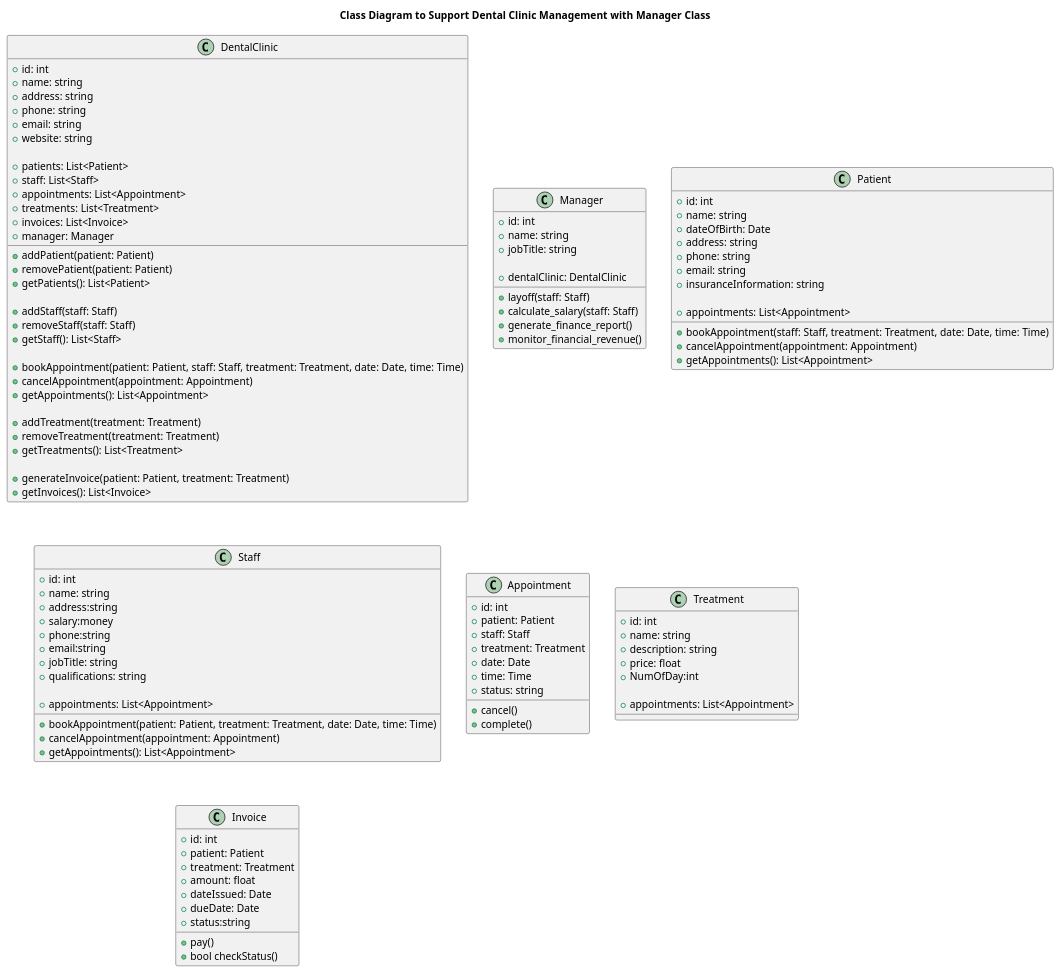
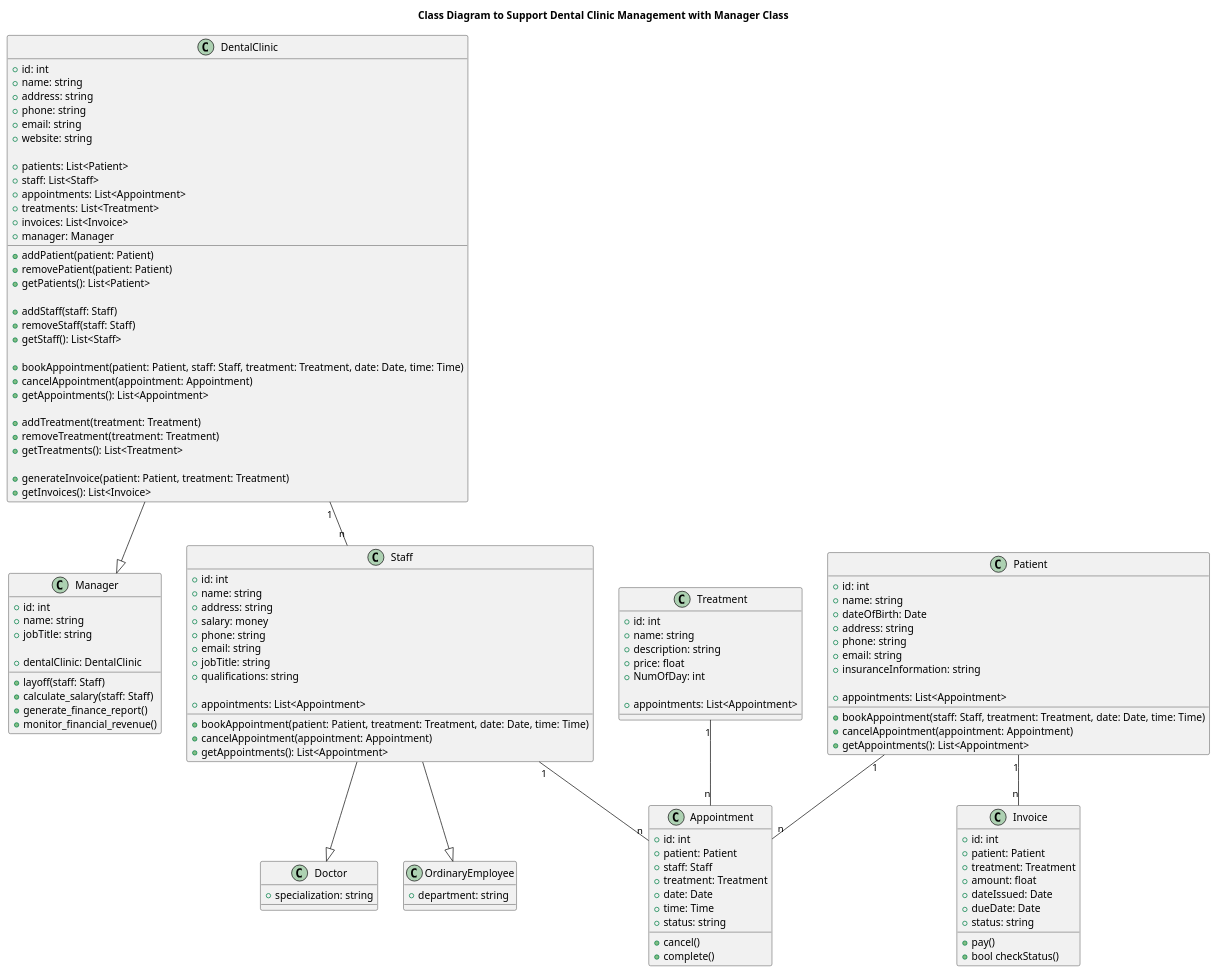
The diagram in Lab1.2/Class diagram/Code/class diagram.wsd (baonehe/SE357-Pratice-class), drawn with PlantUML before and after one commit.

Commit message:
Update Class diagram

```diff
--- a/Lab1.2/Class diagram/Code/class diagram.wsd
+++ b/Lab1.2/Class diagram/Code/class diagram.wsd
@@ -1,121 +1,136 @@
 @startuml
 title Class Diagram to Support Dental Clinic Management with Manager Class
 
 class DentalClinic {
   + id: int
   + name: string
   + address: string
   + phone: string
   + email: string
   + website: string
 
   + patients: List<Patient>
   + staff: List<Staff>
   + appointments: List<Appointment>
   + treatments: List<Treatment>
   + invoices: List<Invoice>
   + manager: Manager
 
   + addPatient(patient: Patient)
   + removePatient(patient: Patient)
   + getPatients(): List<Patient>
 
   + addStaff(staff: Staff)
   + removeStaff(staff: Staff)
   + getStaff(): List<Staff>
 
   + bookAppointment(patient: Patient, staff: Staff, treatment: Treatment, date: Date, time: Time)
   + cancelAppointment(appointment: Appointment)
   + getAppointments(): List<Appointment>
 
   + addTreatment(treatment: Treatment)
   + removeTreatment(treatment: Treatment)
   + getTreatments(): List<Treatment>
 
   + generateInvoice(patient: Patient, treatment: Treatment)
   + getInvoices(): List<Invoice>
 }
 
 class Manager {
   + id: int
   + name: string
   + jobTitle: string
 
   + dentalClinic: DentalClinic
 
   + layoff(staff: Staff)
   + calculate_salary(staff: Staff)
   + generate_finance_report()
   + monitor_financial_revenue()
 }
 
 class Patient {
   + id: int
   + name: string
   + dateOfBirth: Date
   + address: string
   + phone: string
   + email: string
   + insuranceInformation: string
 
   + appointments: List<Appointment>
 
   + bookAppointment(staff: Staff, treatment: Treatment, date: Date, time: Time)
   + cancelAppointment(appointment: Appointment)
   + getAppointments(): List<Appointment>
 }
 
 class Staff {
   + id: int
   + name: string
-  +address:string
-  +salary:money
-  +phone:string
-  +email:string
+  + address: string
+  + salary: money
+  + phone: string
+  + email: string
   + jobTitle: string
   + qualifications: string
 
   + appointments: List<Appointment>
 
   + bookAppointment(patient: Patient, treatment: Treatment, date: Date, time: Time)
   + cancelAppointment(appointment: Appointment)
   + getAppointments(): List<Appointment>
+}
+
+class Doctor {
+  + specialization: string
+}
+
+class OrdinaryEmployee {
+  + department: string
 }
 
 class Appointment {
   + id: int
   + patient: Patient
   + staff: Staff
   + treatment: Treatment
   + date: Date
   + time: Time
   + status: string
 
   + cancel()
   + complete()
 }
 
 class Treatment {
   + id: int
   + name: string
   + description: string
   + price: float
-  + NumOfDay:int
+  + NumOfDay: int
 
   + appointments: List<Appointment>
 }
 
 class Invoice {
   + id: int
   + patient: Patient
   + treatment: Treatment
   + amount: float
   + dateIssued: Date
   + dueDate: Date
-  + status:string
+  + status: string
 
   + pay()
   + bool checkStatus()
 }
-
+DentalClinic --|> Manager
+DentalClinic "1" -- "n" Staff
+Staff --|> Doctor
+Staff --|> OrdinaryEmployee
+Patient "1" -- "n" Appointment
+Staff "1" -- "n" Appointment
+Treatment "1" -- "n" Appointment
+Patient "1" -- "n" Invoice
 @enduml
```
